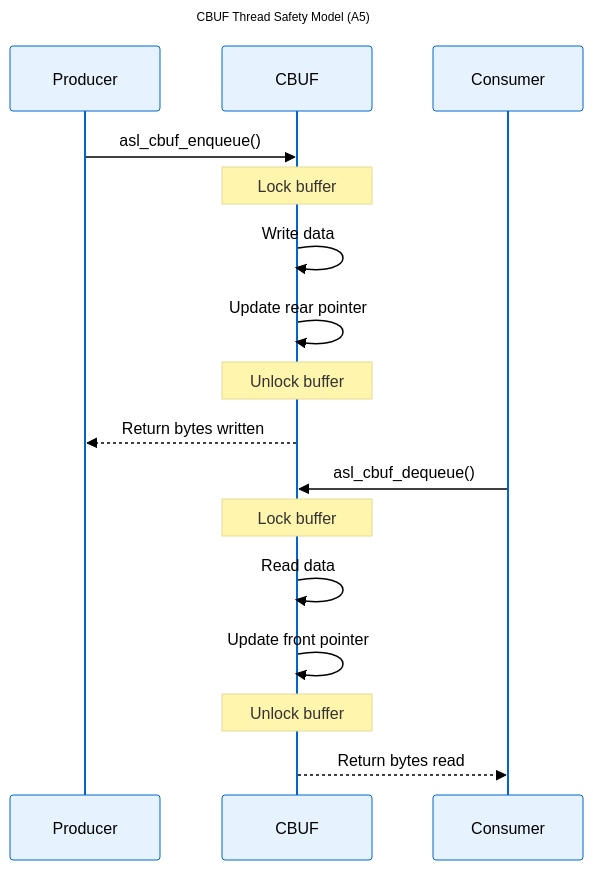
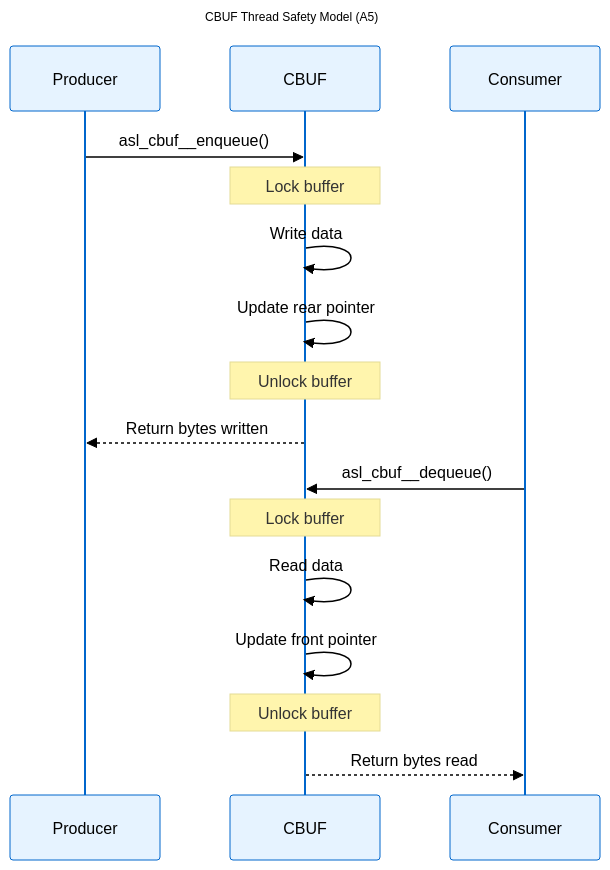
Before and after one commit to ABD-01/quantum-harmony: the diagram in architecture/logical_view_cbuf_threading.md, drawn with Mermaid. The commit also changed other lines of this file and 67 other files, not shown here.

````diff
--- a/architecture/logical_view_cbuf_threading.md
+++ b/architecture/logical_view_cbuf_threading.md
@@ -19,35 +19,35 @@
 ```mermaid
 ---
 title: CBUF Thread Safety Model (A5)
 config:
   theme: base
   themeVariables:
     background: "#ffffff"
     primaryColor: "#e6f3ff"
     primaryTextColor: "#000000"
     primaryBorderColor: "#0066cc"
     lineColor: "#000000"
     secondaryColor: "#f0f0f0"
     tertiaryColor: "#cccccc"
     fontFamily: "arial"
     fontSize: "12px"
 ---
 sequenceDiagram
     participant P as Producer
     participant B as CBUF
     participant C as Consumer
     
-    P->>B: asl_cbuf_enqueue()
+    P->>B: asl_cbuf__enqueue()
     Note over B: Lock buffer
     B->>B: Write data
     B->>B: Update rear pointer
     Note over B: Unlock buffer
     B-->>P: Return bytes written
     
-    C->>B: asl_cbuf_dequeue()  
+    C->>B: asl_cbuf__dequeue()  
     Note over B: Lock buffer
     B->>B: Read data
     B->>B: Update front pointer
     Note over B: Unlock buffer
     B-->>C: Return bytes read
 ```
````
